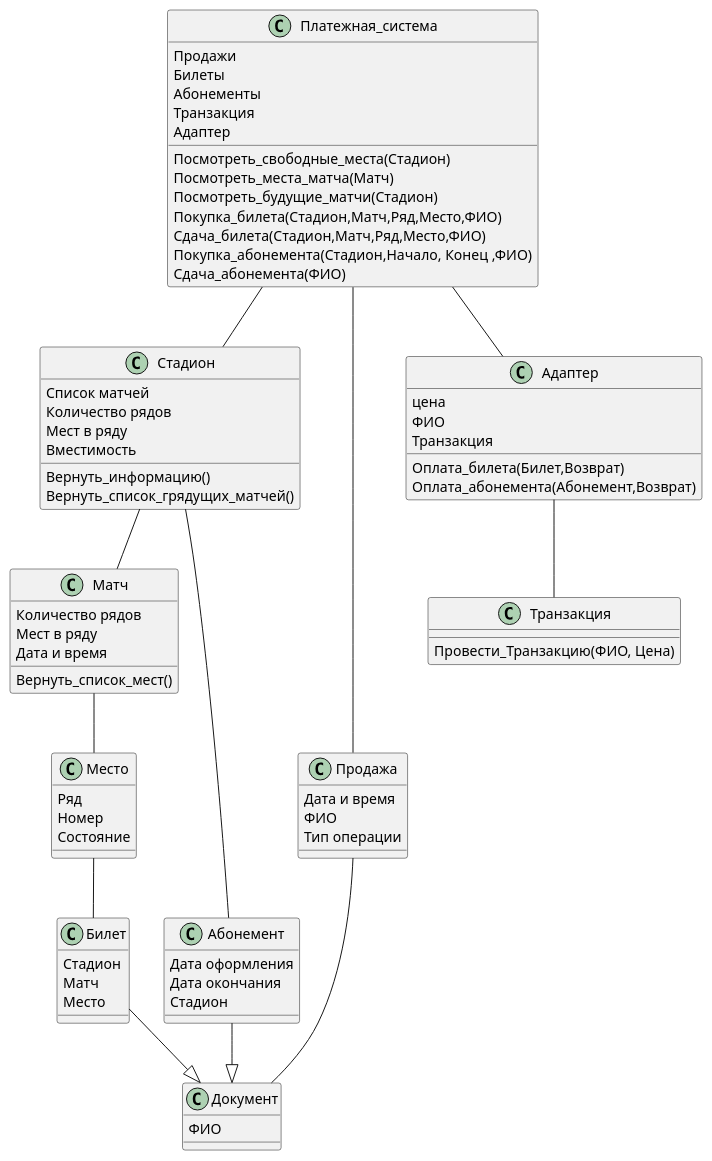
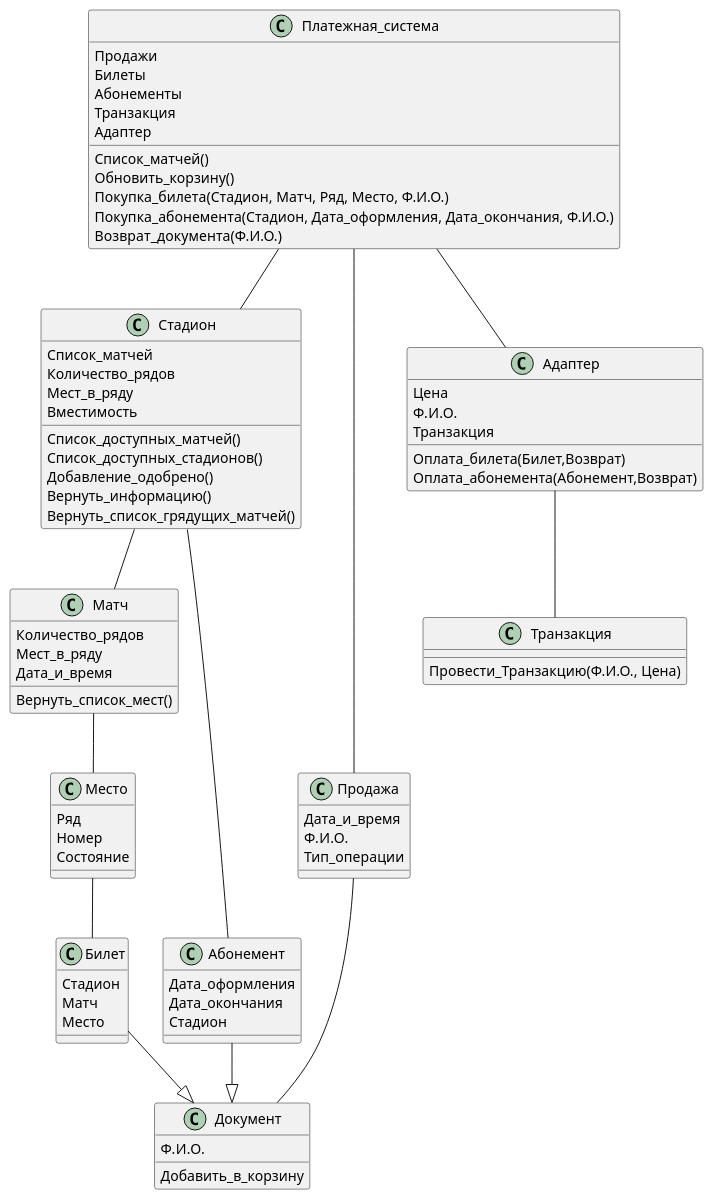
The diagram in Диаграмма классов.md (penamarth/bsbo-13-22_team3_var10), drawn with PlantUML before and after one commit. The commit also changed 1 other file, not shown here.

Commit message:
изменение классов и последовательности

```diff
--- a/Диаграмма классов.md
+++ b/Диаграмма классов.md
@@ -7,33 +7,36 @@
   {field} Абонементы
   {field} Транзакция
   {field} Адаптер
-  {method} Посмотреть_свободные_места(Стадион)
-  {method} Посмотреть_места_матча(Матч)
-  {method} Посмотреть_будущие_матчи(Стадион)
-  {method} Покупка_билета(Стадион,Матч,Ряд,Место,ФИО)
-  {method} Cдача_билета(Стадион,Матч,Ряд,Место,ФИО)
-  {method} Покупка_абонемента(Стадион,Начало, Конец ,ФИО)
-  {method} Cдача_абонемента(ФИО) 
+  {method} Список_матчей()
+  {method} Обновить_корзину()
+  {method} Покупка_билета(Стадион, Матч, Ряд, Место, Ф.И.О.)
+  {method} Покупка_абонемента(Стадион, Дата_оформления, Дата_окончания, Ф.И.О.)
+  {method} Возврат_документа(Ф.И.О.)
 }
 
 class Стадион {
- {field} Список матчей
- {field} Количество рядов
- {field} Мест в ряду
+ {field} Список_матчей
+ {field} Количество_рядов
+ {field} Мест_в_ряду
  {field} Вместимость
+ {method} Список_доступных_матчей()
+ {method} Список_доступных_стадионов()
+ {method} Добавление_одобрено()
  {method} Вернуть_информацию()
  {method} Вернуть_список_грядущих_матчей()
 }
 
 class Продажа {
-  {field} Дата и время
-  {field} ФИО
-  {field} Тип операции
+  {field} Дата_и_время
+  {field} Ф.И.О.
+  {field} Тип_операции
 }
 
 class Документ {
-  {field} ФИО
+  {field} Ф.И.О.
+  {method} Добавить_в_корзину
 }
+
 
 class Место {
   {field} Ряд
@@ -42,15 +45,15 @@
 }
 
 class Матч {
-  {field} Количество рядов
-  {field} Мест в ряду
-  {field} Дата и время
+  {field} Количество_рядов
+  {field} Мест_в_ряду
+  {field} Дата_и_время
   {method} Вернуть_список_мест()
 }
 
 class Абонемент {
-  {field} Дата оформления
-  {field} Дата окончания
+  {field} Дата_оформления
+  {field} Дата_окончания
   {field} Стадион
 }
 
@@ -61,14 +64,14 @@
 }
 
 class Адаптер{
-  {field} цена
-  {field} ФИО
+  {field} Цена
+  {field} Ф.И.О.
   {field} Транзакция
   {method} Оплата_билета(Билет,Возврат)
   {method} Оплата_абонемента(Абонемент,Возврат)
 }
 class Транзакция {
-  {method} Провести_Транзакцию(ФИО, Цена)
+  {method} Провести_Транзакцию(Ф.И.О., Цена)
 }
 
 Платежная_система -- Стадион
```
